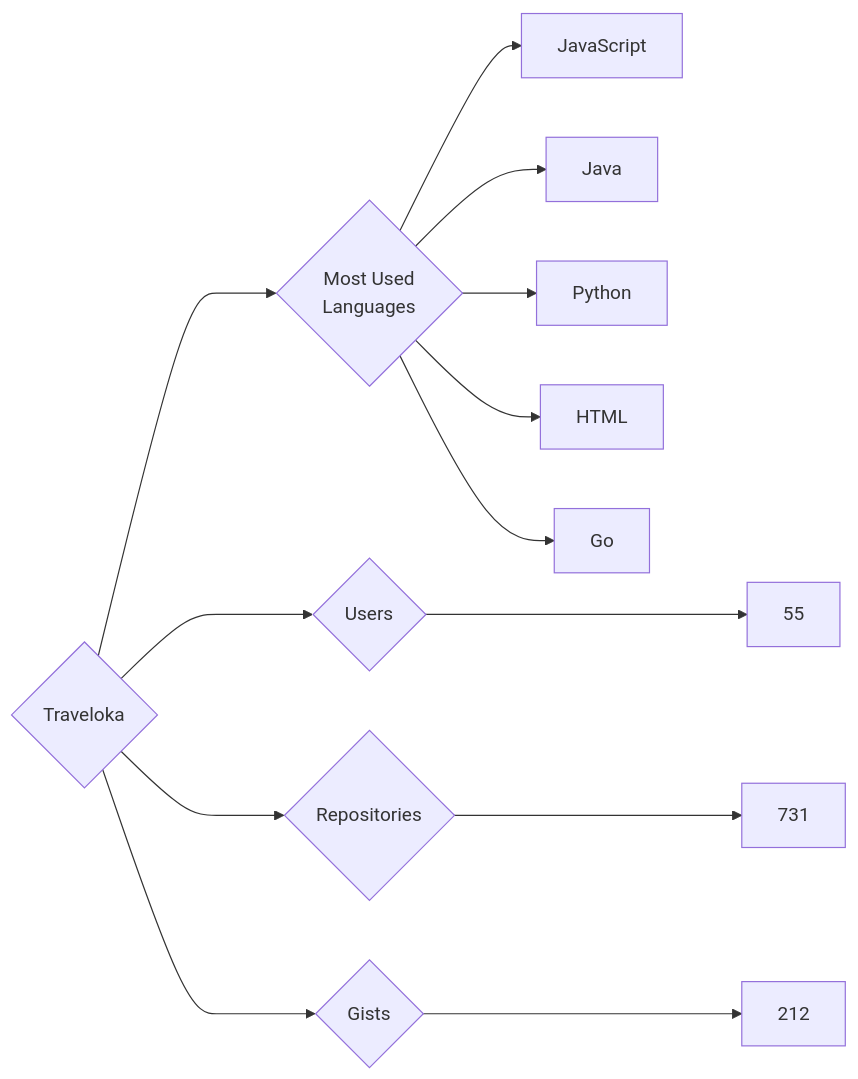
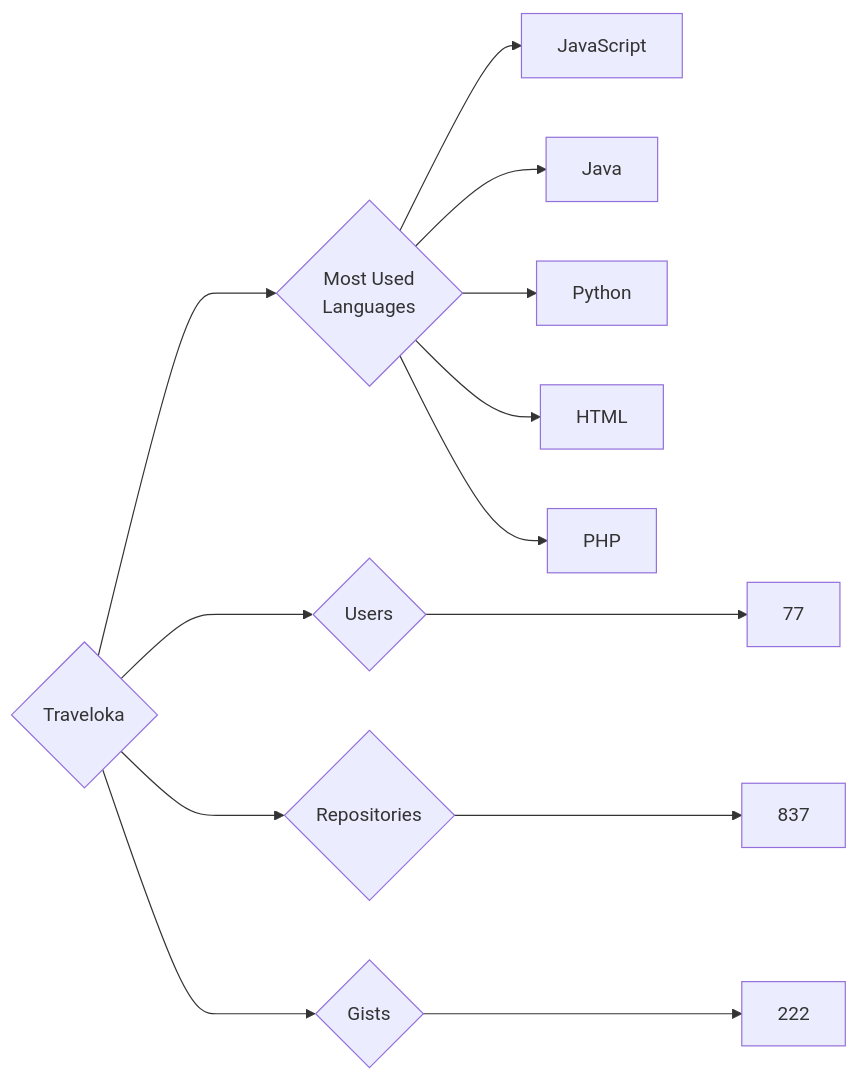
The diagram in targets/Traveloka/README.md (trickest/insiders), drawn with Mermaid before and after one commit. The commit also changed 886 other files, not shown here.

````diff
--- a/targets/Traveloka/README.md
+++ b/targets/Traveloka/README.md
@@ -3,13 +3,13 @@
 ```mermaid
 graph LR
 COMPANY_NAME{Traveloka}
-COMPANY_NAME ---> U{Users} ---> UN[55]
-COMPANY_NAME ---> R{Repositories} ---> RN[731]
-COMPANY_NAME ---> G{Gists} ---> GN[212]
+COMPANY_NAME ---> U{Users} ---> UN[77]
+COMPANY_NAME ---> R{Repositories} ---> RN[837]
+COMPANY_NAME ---> G{Gists} ---> GN[222]
 COMPANY_NAME ---> ML{Most Used<br>Languages}
 ML --> JavaScript[JavaScript]
 ML --> Java[Java]
 ML --> Python[Python]
 ML --> HTML[HTML]
-ML --> Go[Go]
+ML --> PHP[PHP]
 ```
````
